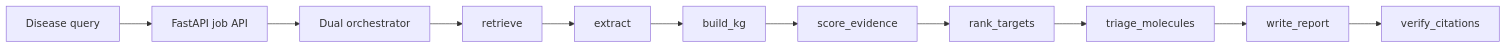
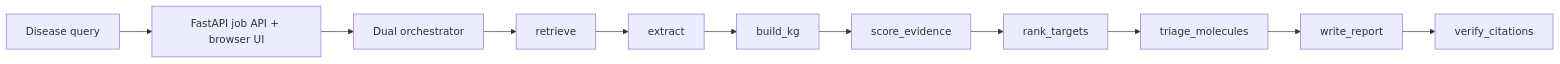
Before and after one commit to lysyloxidase/autonomous-drug-discovery-agent: the first of 2 diagrams in README.md, drawn with Mermaid. The commit also changed other lines of this file and 11 other files, not shown here.

Commit message:
feat: local research console with visual knowledge graph

````diff
--- a/README.md
+++ b/README.md
@@ -75,13 +105,13 @@
 ```mermaid
 flowchart LR
-  Q[Disease query] --> API[FastAPI job API]
+  Q[Disease query] --> API[FastAPI job API + browser UI]
   API --> A[Dual orchestrator]
   A --> R[retrieve]
   R --> X[extract]
   X --> KG[build_kg]
   KG --> EV[score_evidence]
   EV --> RT[rank_targets]
   RT --> MT[triage_molecules]
   MT --> WR[write_report]
   WR --> VC[verify_citations]
 ```
````
